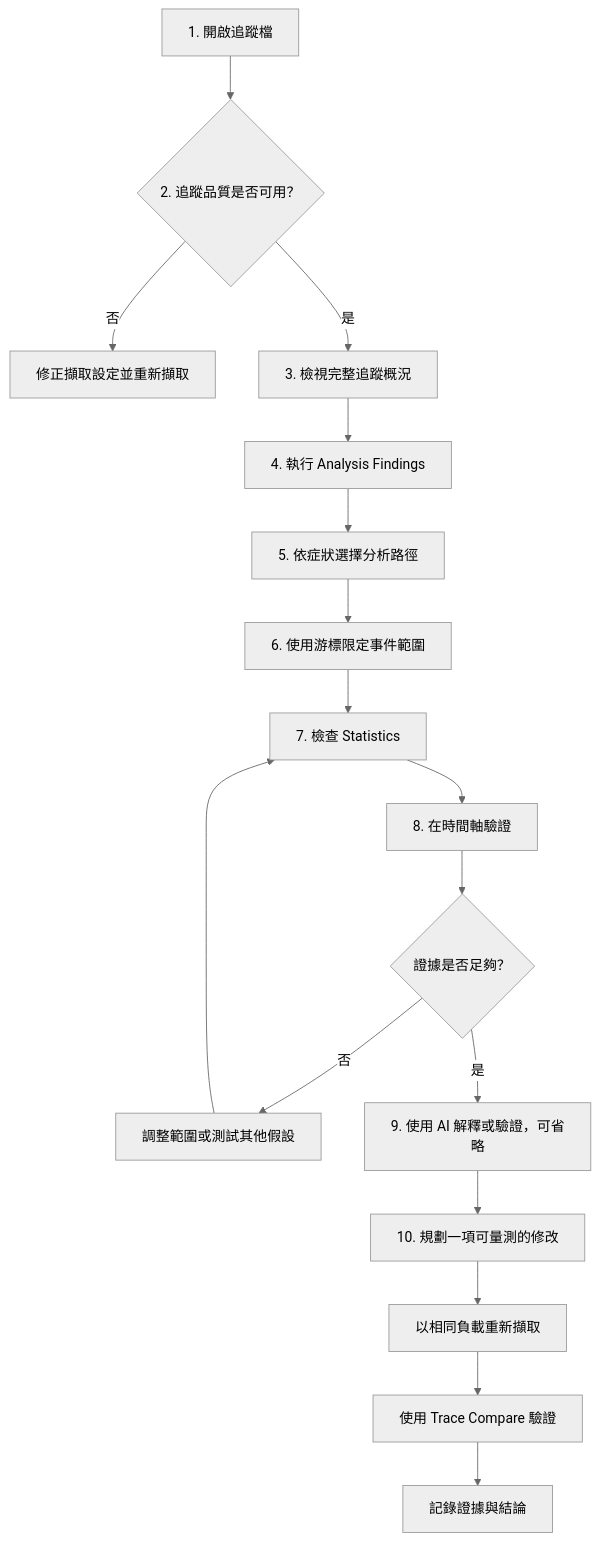
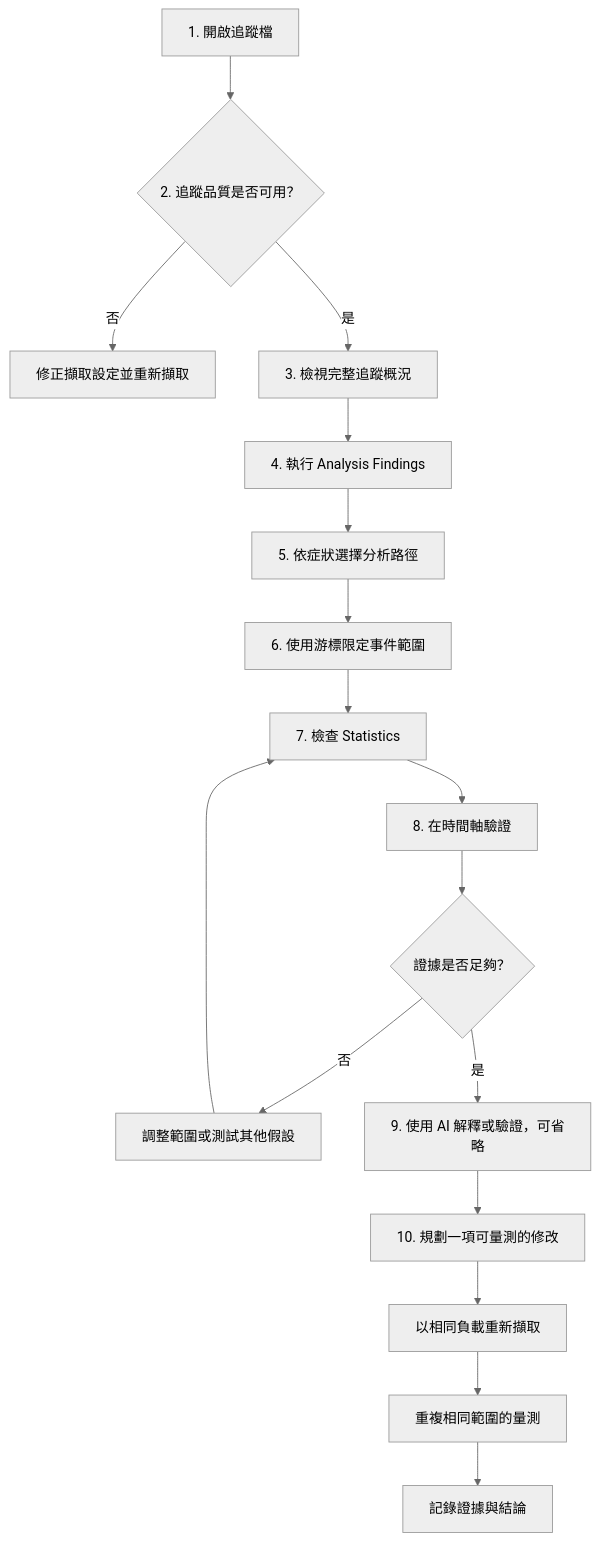
Before and after one commit to kuopinghsu/FreeRTOS-BTF-Trace: the first of 4 diagrams in BTFViewer/WORKFLOWS_zh-TW.md, drawn with Mermaid (neutral theme). The commit also changed other lines of this file and 8 other files, not shown here.

````diff
--- a/BTFViewer/WORKFLOWS_zh-TW.md
+++ b/BTFViewer/WORKFLOWS_zh-TW.md
@@ -11,19 +11,19 @@
 ```mermaid
 flowchart TD
   open["1. 開啟追蹤檔"] --> health{"2. 追蹤品質是否可用？"}
   health -- 否 --> recapture["修正擷取設定並重新擷取"]
   health -- 是 --> overview["3. 檢視完整追蹤概況"]
   overview --> triage["4. 執行 Analysis Findings"]
   triage --> route["5. 依症狀選擇分析路徑"]
   route --> scope["6. 使用游標限定事件範圍"]
   scope --> measure["7. 檢查 Statistics"]
   measure --> timeline["8. 在時間軸驗證"]
   timeline --> evidence{"證據是否足夠？"}
   evidence -- 否 --> refine["調整範圍或測試其他假設"]
   refine --> measure
   evidence -- 是 --> explain["9. 使用 AI 解釋或驗證，可省略"]
   explain --> change["10. 規劃一項可量測的修改"]
   change --> recapture2["以相同負載重新擷取"]
-  recapture2 --> compare["使用 Trace Compare 驗證"]
-  compare --> close["記錄證據與結論"]
+  recapture2 --> remeasure["重複相同範圍的量測"]
+  remeasure --> close["記錄證據與結論"]
 ```
````
